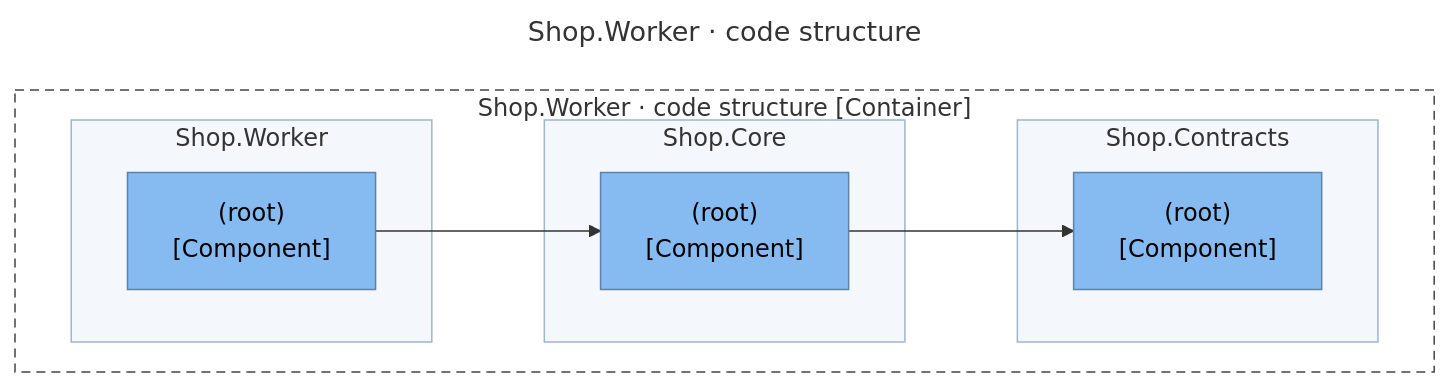
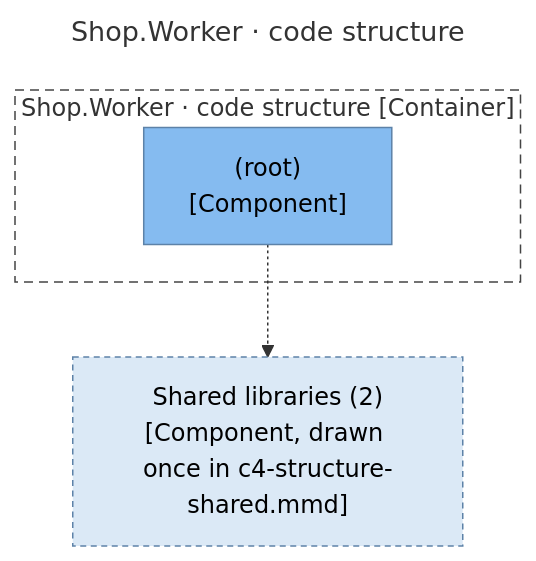
The seventh of 10 diagrams in tests/golden/shared_libs/output/ArchitectureReport.md (ythalorossy/architecture-skills), drawn with Mermaid before and after one commit. The commit also changed other lines of this file and 20 other files, not shown here.

First line of the commit message:
feat(diagrams): draw a shared library's packages once (B-36), pluralise counts (B-37)

````diff
--- a/tests/golden/shared_libs/output/ArchitectureReport.md
+++ b/tests/golden/shared_libs/output/ArchitectureReport.md
@@ -214,30 +205,20 @@
 ```mermaid
 ---
 title: "Shop.Worker · code structure"
 ---
 flowchart TB
     subgraph boundary["Shop.Worker · code structure [Container]"]
-        subgraph module_Shop_Contracts["Shop.Contracts"]
-            Shop_Contracts___root["(root)<br/>[Component]"]
-        end
-        subgraph module_Shop_Core["Shop.Core"]
-            Shop_Core___root["(root)<br/>[Component]"]
-        end
-        subgraph module_Shop_Worker["Shop.Worker"]
-            Shop_Worker___root["(root)<br/>[Component]"]
-        end
+        Shop_Worker___root["(root)<br/>[Component]"]
     end
-    Shop_Core___root --> Shop_Contracts___root
-    Shop_Worker___root --> Shop_Core___root
+    shared_libraries["Shared libraries (2)<br/>[Component, drawn once in c4-structure-shared.mmd]"]
+    Shop_Worker___root -.-> shared_libraries
     classDef person fill:#08427b,stroke:#052e56,color:#ffffff
     classDef container fill:#1168bd,stroke:#0b4884,color:#ffffff
     classDef system fill:#1168bd,stroke:#0b4884,color:#ffffff
     classDef component fill:#85bbf0,stroke:#5d82a8,color:#000000
     classDef external fill:#999999,stroke:#6b6b6b,color:#ffffff
     classDef shared fill:#dbe9f6,stroke:#5d82a8,color:#000000,stroke-dasharray:4 3
-    class Shop_Contracts___root,Shop_Core___root,Shop_Worker___root component
+    class Shop_Worker___root component
+    class shared_libraries shared
     style boundary fill:none,stroke:#444444,stroke-dasharray:6 4
-    style module_Shop_Contracts fill:#f4f8fc,stroke:#9fb6cc
-    style module_Shop_Core fill:#f4f8fc,stroke:#9fb6cc
-    style module_Shop_Worker fill:#f4f8fc,stroke:#9fb6cc
 ```
````
